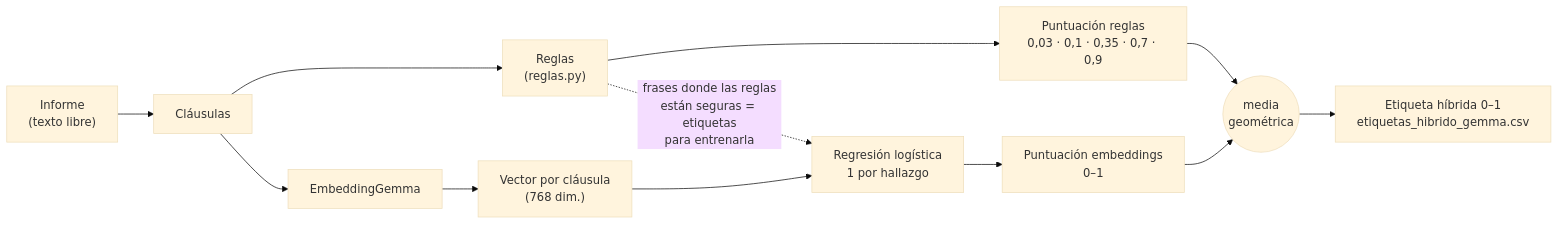
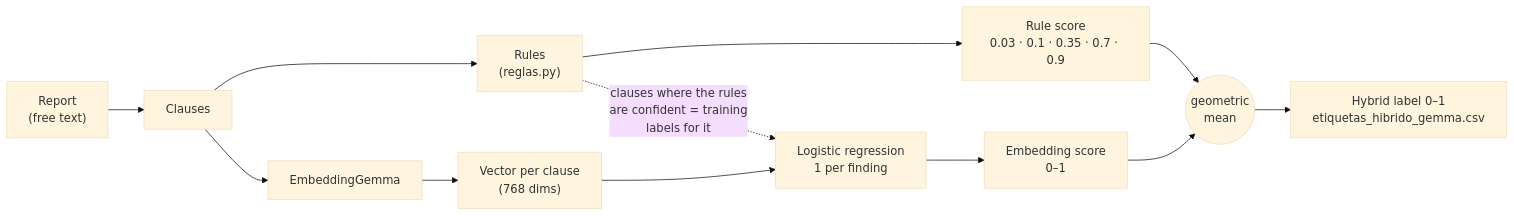
Before and after one commit to sergio100899/rsna-knee-multilabel-cnn: the diagram in etiquetas/README.md, drawn with Mermaid (base theme). The commit also changed other lines of this file and 12 other files, not shown here.

First line of the commit message:
Update documentation and add Spanish translations for project structure, training, labels, evaluation, and images

````diff
--- a/etiquetas/README.md
+++ b/etiquetas/README.md
@@ -16,14 +19,14 @@
 ```mermaid
 flowchart LR
-    I["Informe<br/>(texto libre)"] --> C["Cláusulas"]
-    C --> R["Reglas<br/>(reglas.py)"]
-    R --> PR["Puntuación reglas<br/>0,03 · 0,1 · 0,35 · 0,7 · 0,9"]
+    I["Report<br/>(free text)"] --> C["Clauses"]
+    C --> R["Rules<br/>(reglas.py)"]
+    R --> PR["Rule score<br/>0.03 · 0.1 · 0.35 · 0.7 · 0.9"]
     C --> G["EmbeddingGemma"]
-    G --> V["Vector por cláusula<br/>(768 dim.)"]
-    V --> LR["Regresión logística<br/>1 por hallazgo"]
-    R -. "frases donde las reglas<br/>están seguras = etiquetas<br/>para entrenarla" .-> LR
-    LR --> PE["Puntuación embeddings<br/>0–1"]
-    PR --> H(("media<br/>geométrica"))
+    G --> V["Vector per clause<br/>(768 dims)"]
+    V --> LR["Logistic regression<br/>1 per finding"]
+    R -. "clauses where the rules<br/>are confident = training<br/>labels for it" .-> LR
+    LR --> PE["Embedding score<br/>0–1"]
+    PR --> H(("geometric<br/>mean"))
     PE --> H
-    H --> E["Etiqueta híbrida 0–1<br/>etiquetas_hibrido_gemma.csv"]
+    H --> E["Hybrid label 0–1<br/>etiquetas_hibrido_gemma.csv"]
 ```
````
